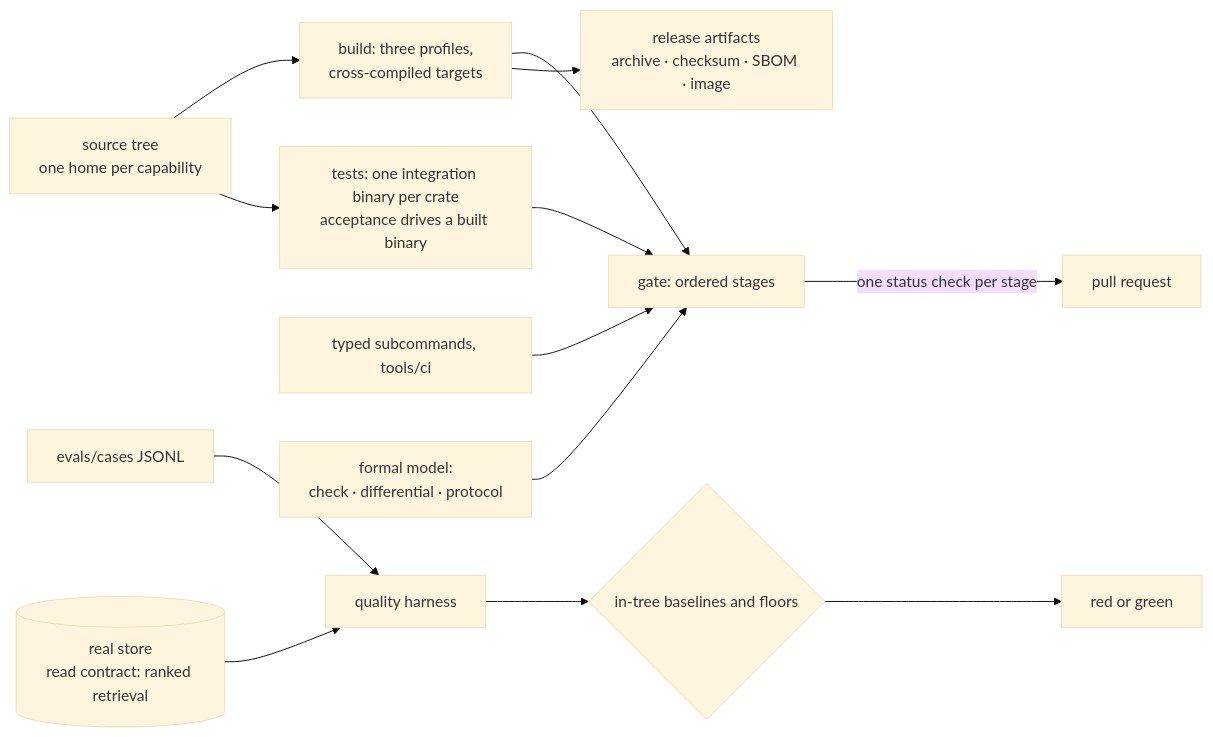
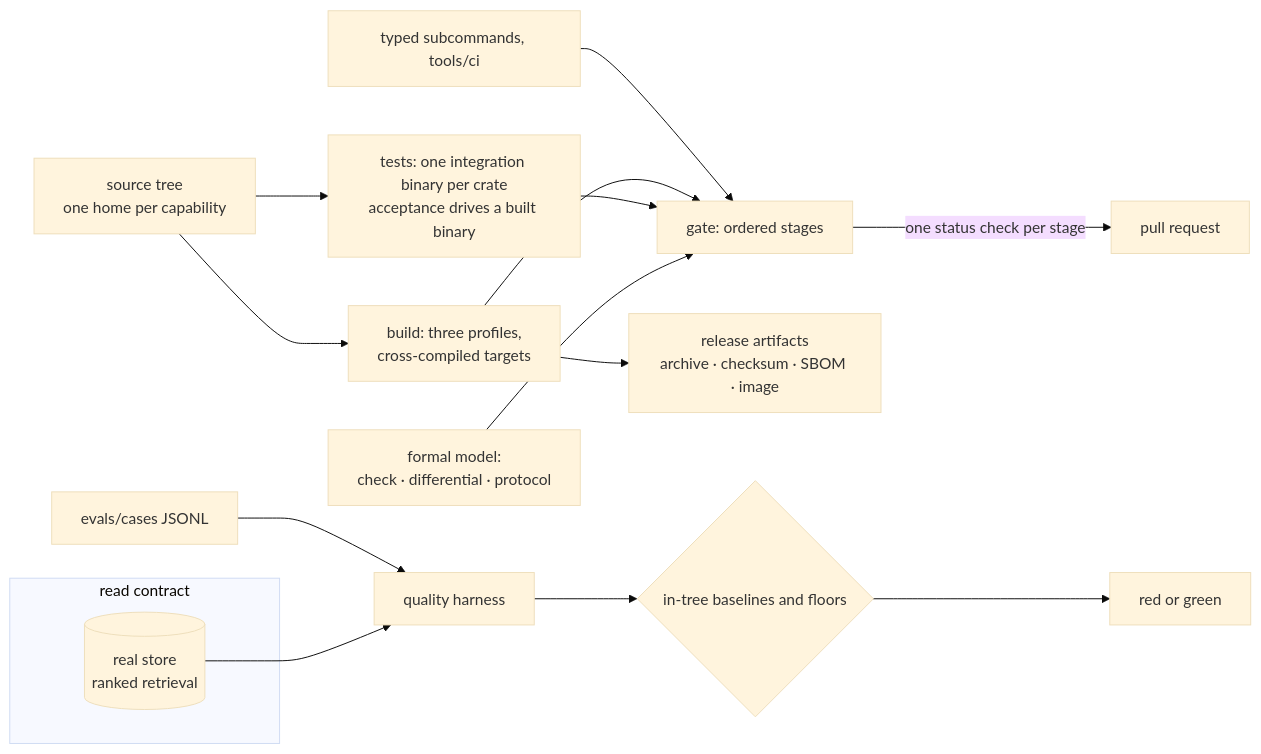
Before and after one commit to fractalboxdev/contextful: the first of 3 diagrams in spec/81-engineering.md, drawn with Mermaid (base theme). The commit also changed other lines of this file and 33 other files, not shown here.

Commit message:
spec: diagrams draw contracts, parties and trust zones as containers; a node standing for one is refused

````diff
--- a/spec/81-engineering.md
+++ b/spec/81-engineering.md
@@ -21,15 +21,18 @@
 ```mermaid
 flowchart LR
   SRC["source tree<br/>one home per capability"] --> BUILD["build: three profiles,<br/>cross-compiled targets"]
   SRC --> TESTS["tests: one integration binary per crate<br/>acceptance drives a built binary"]
   AUTO["typed subcommands, tools/ci"] --> GATE["gate: ordered stages"]
   BUILD --> GATE
   TESTS --> GATE
   FORMAL["formal model:<br/>check · differential · protocol"] --> GATE
   GATE -- "one status check per stage" --> PR["pull request"]
   BUILD --> ART["release artifacts<br/>archive · checksum · SBOM · image"]
+  subgraph read["read contract"]
+    STORE[("real store<br/>ranked retrieval")]
+  end
   CASES["evals/cases JSONL"] --> EVAL["quality harness"]
-  STORE[("real store<br/>read contract: ranked retrieval")] --> EVAL
+  STORE --> EVAL
   EVAL --> BASE{"in-tree baselines and floors"}
   BASE --> V["red or green"]
 ```
````
